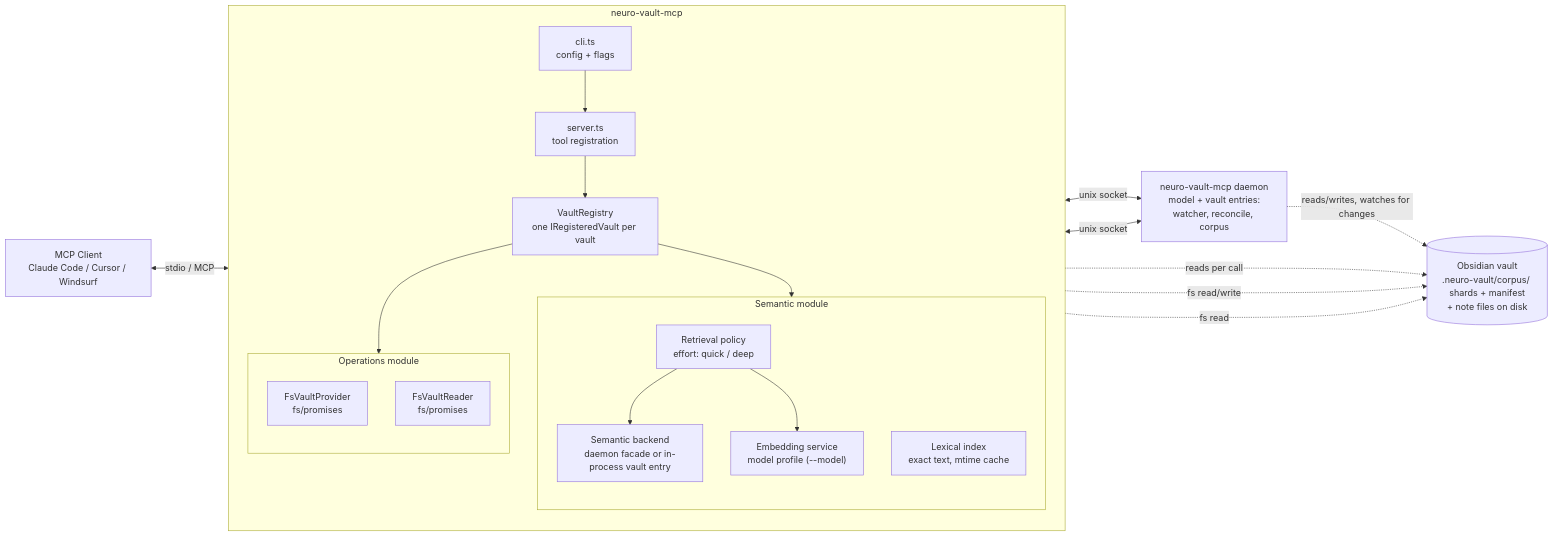
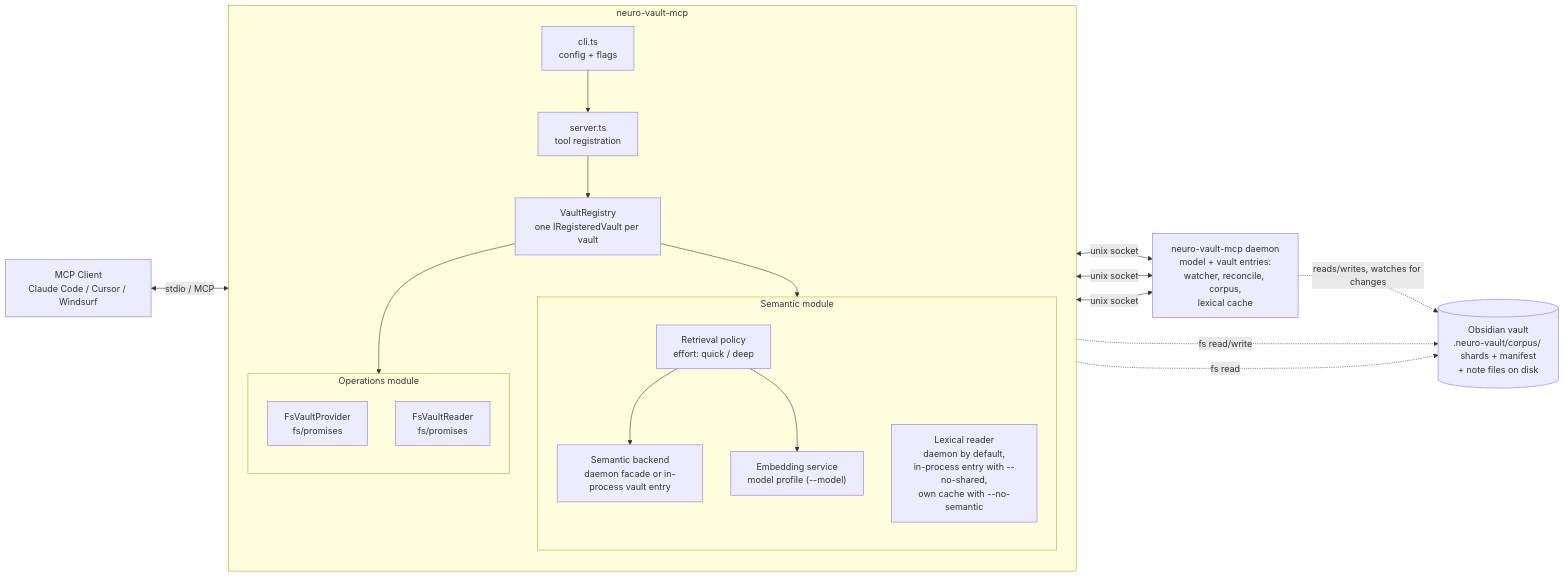
One commit to AlexMost/neuro-vault changed the diagram in docs/architecture/module-structure.md. Above: the diagram before and after it, drawn with Mermaid. The commit also changed other lines of this file and 90 other files, not shown here.

First line of the commit message:
feat(lexical): serve search_notes' lexical leg from the daemon's vault entry (#184)

````diff
--- a/docs/architecture/module-structure.md
+++ b/docs/architecture/module-structure.md
@@ -53,37 +53,37 @@
 ```mermaid
 flowchart LR
     Client[MCP Client<br/>Claude Code / Cursor / Windsurf]
     subgraph Server[neuro-vault-mcp]
         direction TB
         CLI[cli.ts<br/>config + flags]
         Core[server.ts<br/>tool registration]
         Registry[VaultRegistry<br/>one IRegisteredVault per vault]
         subgraph Semantic[Semantic module]
             direction TB
             Backend[Semantic backend<br/>daemon facade or in-process vault entry]
             Retrieval[Retrieval policy<br/>effort: quick / deep]
             Embed["Embedding service<br/>model profile (--model)"]
-            Lexical[Lexical index<br/>exact text, mtime cache]
+            Lexical["Lexical reader<br/>daemon by default,<br/>in-process entry with --no-shared,<br/>own cache with --no-semantic"]
         end
         subgraph Operations[Operations module]
             direction TB
             Provider[FsVaultProvider<br/>fs/promises]
             Reader[FsVaultReader<br/>fs/promises]
         end
         CLI --> Core
         Core --> Registry
         Registry --> Semantic
         Registry --> Operations
         Retrieval --> Embed
         Retrieval --> Backend
     end
-    Daemon[neuro-vault-mcp daemon<br/>model + vault entries:<br/>watcher, reconcile, corpus]
+    Daemon[neuro-vault-mcp daemon<br/>model + vault entries:<br/>watcher, reconcile, corpus,<br/>lexical cache]
     Vault[(Obsidian vault<br/>.neuro-vault/corpus/ shards + manifest<br/>+ note files on disk)]
     Client <-->|stdio / MCP| Core
     Backend <-->|unix socket| Daemon
     Embed <-->|unix socket| Daemon
     Daemon -. reads/writes, watches for changes .-> Vault
-    Lexical -. reads per call .-> Vault
+    Lexical <-->|unix socket| Daemon
     Provider -. fs read/write .-> Vault
     Reader -. fs read .-> Vault
 ```
````
